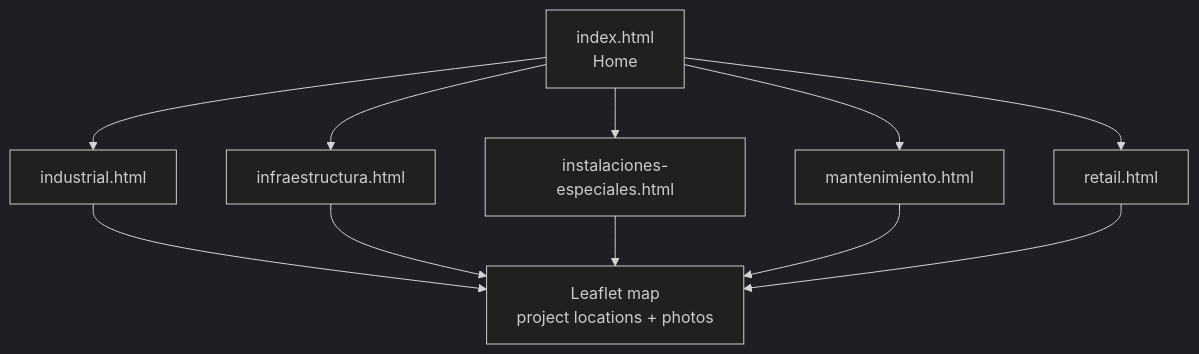
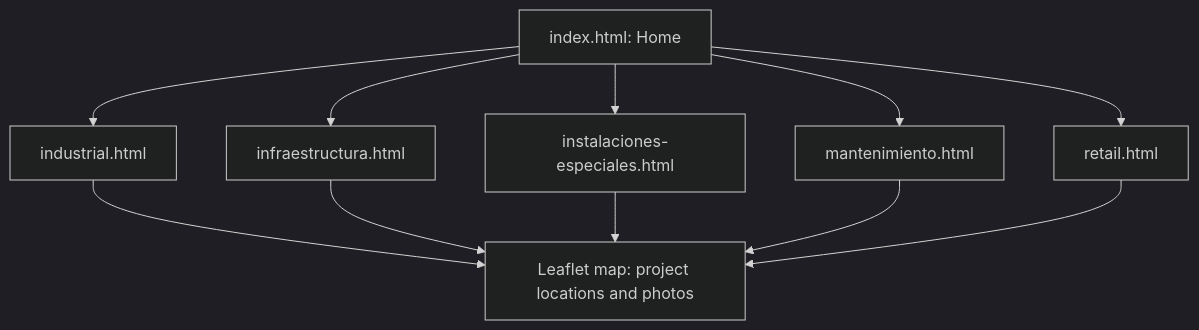
One commit to sant-mell/dt-website changed the diagram in README.md. Above: the diagram before and after it, drawn with Mermaid (dark theme).

Commit message:
Harden Mermaid diagram syntax for reliable GitHub rendering

````diff
--- a/README.md
+++ b/README.md
@@ -21,9 +21,13 @@
 ```mermaid
 flowchart TD
-    H[index.html<br/>Home] --> I[industrial.html]
-    H --> F[infraestructura.html]
-    H --> S[instalaciones-especiales.html]
-    H --> M[mantenimiento.html]
-    H --> R[retail.html]
-    I & F & S & M & R --> MAP[Leaflet map<br/>project locations + photos]
+    H["index.html: Home"] --> I["industrial.html"]
+    H --> F["infraestructura.html"]
+    H --> S["instalaciones-especiales.html"]
+    H --> M["mantenimiento.html"]
+    H --> R["retail.html"]
+    I --> MAP["Leaflet map: project locations and photos"]
+    F --> MAP
+    S --> MAP
+    M --> MAP
+    R --> MAP
 ```
````
